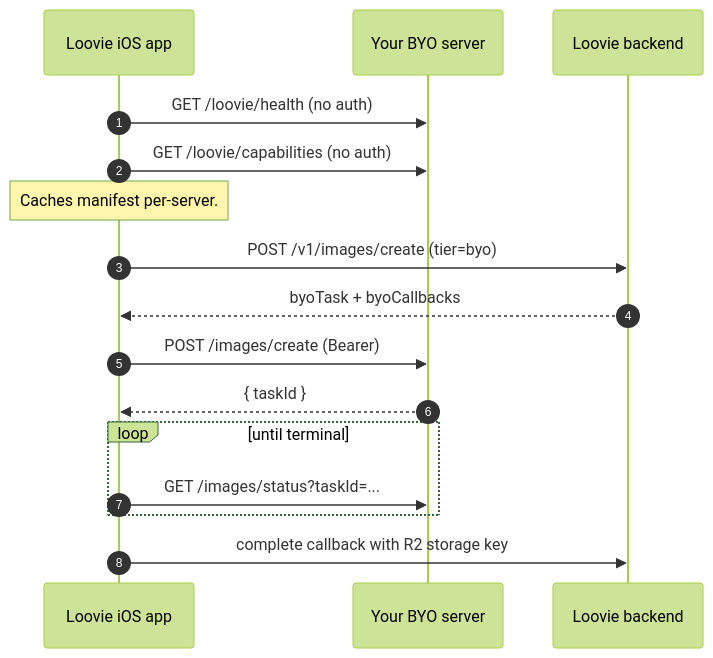
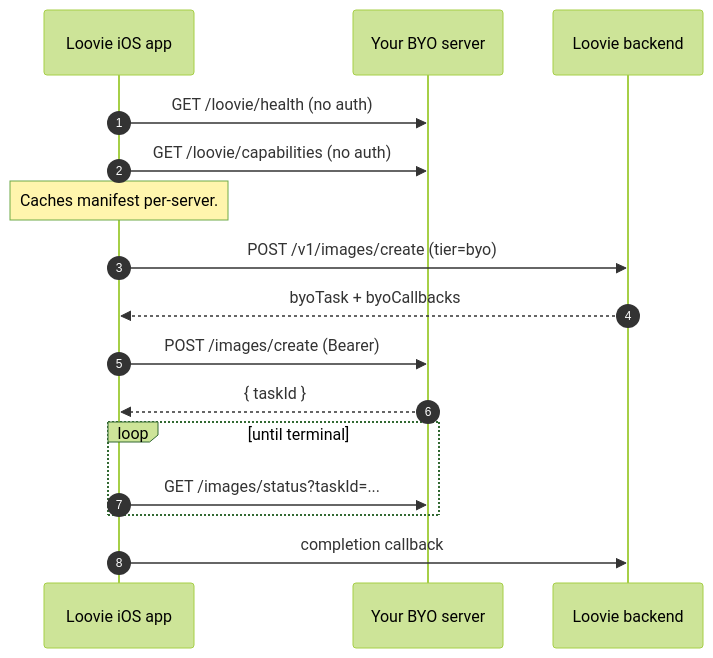
The diagram in README.md (looviehq/loovie-community), drawn with Mermaid (forest theme) before and after one commit. The commit also changed other lines of this file and 47 other files, not shown here.

````diff
--- a/README.md
+++ b/README.md
@@ -50,19 +56,19 @@
 ```mermaid
 sequenceDiagram
     autonumber
     participant App as Loovie iOS app
     participant Srv as Your BYO server
     participant API as Loovie backend
 
     App->>Srv: GET /loovie/health  (no auth)
     App->>Srv: GET /loovie/capabilities  (no auth)
     Note over App: Caches manifest per-server.
     App->>API: POST /v1/images/create (tier=byo)
     API-->>App: byoTask + byoCallbacks
     App->>Srv: POST /images/create (Bearer)
     Srv-->>App: { taskId }
     loop until terminal
       App->>Srv: GET /images/status?taskId=...
     end
-    App->>API: complete callback with R2 storage key
+    App->>API: completion callback
 ```
````
